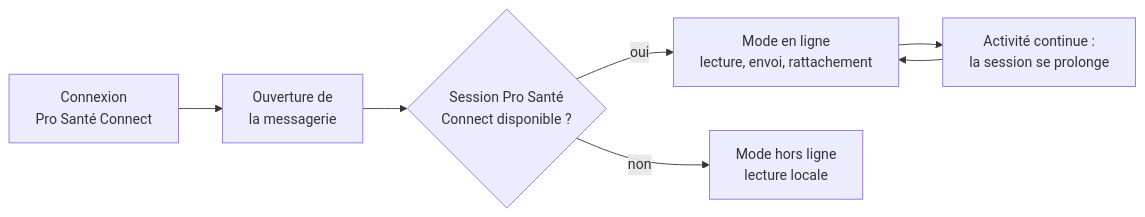
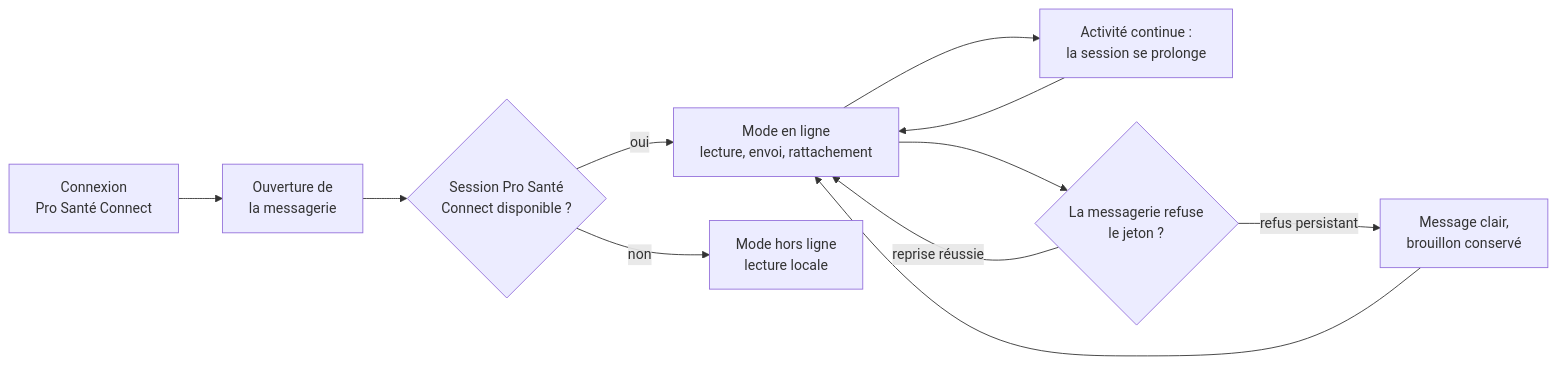
The diagram in Docs/epics/E013-refonte-du-cycle-de-vie-du-token-psc.md (codengine-technologies/HealthPlatform.Forge), drawn with Mermaid before and after one commit. The commit also changed other lines of this file and 3 other files, not shown here.

Commit message:
docs(E013): v1.1 — reprise automatique quand la messagerie refuse le jeton PSC (task-354)

````diff
--- a/Docs/epics/E013-refonte-du-cycle-de-vie-du-token-psc.md
+++ b/Docs/epics/E013-refonte-du-cycle-de-vie-du-token-psc.md
@@ -76,9 +78,13 @@
 ```mermaid
 graph LR
     A[Connexion<br>Pro Santé Connect] --> B[Ouverture de<br>la messagerie]
     B --> C{Session Pro Santé<br>Connect disponible ?}
     C -- oui --> D[Mode en ligne<br>lecture, envoi, rattachement]
     C -- non --> E[Mode hors ligne<br>lecture locale]
     D --> F[Activité continue :<br>la session se prolonge]
     F --> D
+    D --> G{La messagerie refuse<br>le jeton ?}
+    G -- reprise réussie --> D
+    G -- refus persistant --> H[Message clair,<br>brouillon conservé]
+    H --> D
 ```
````
